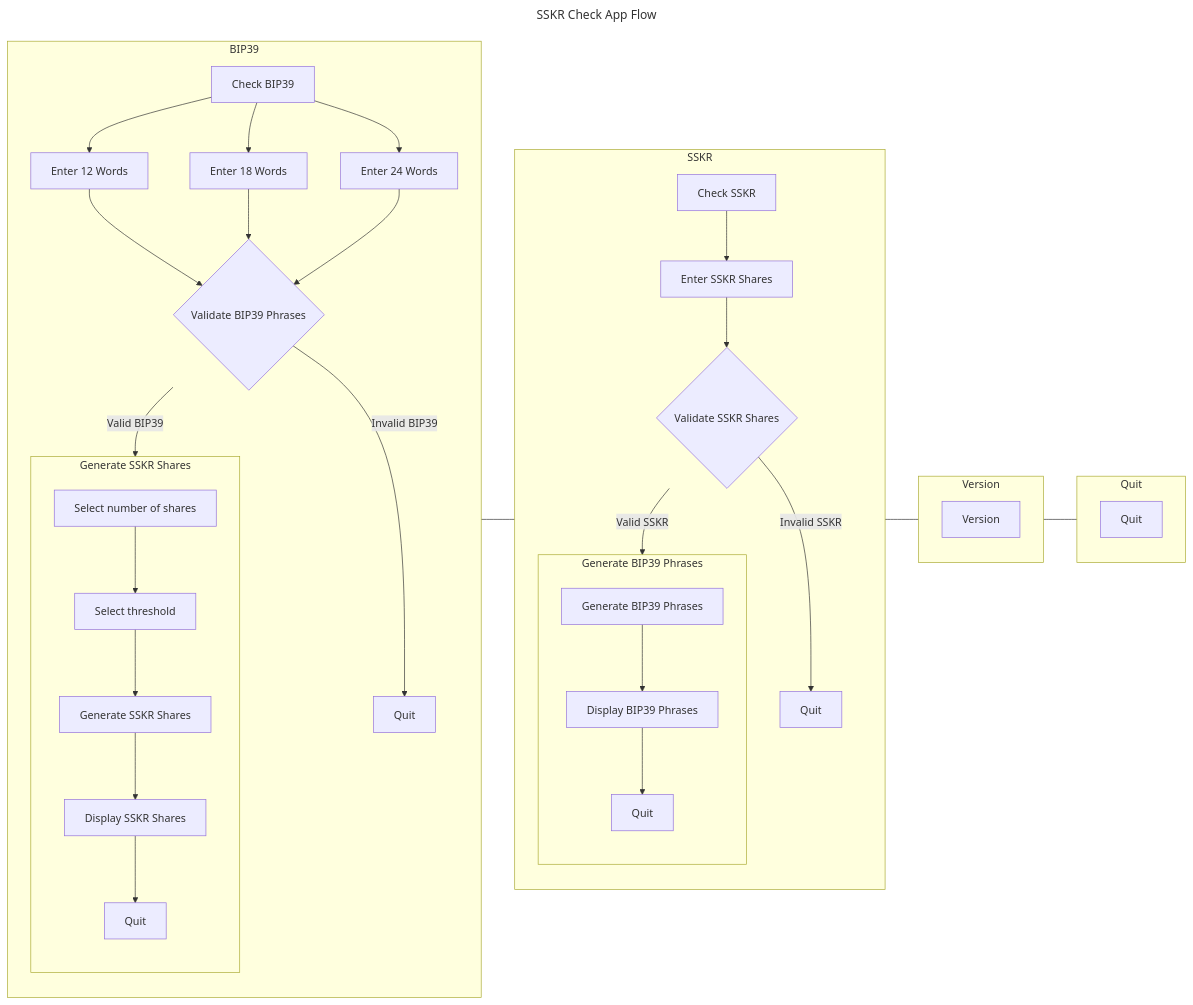
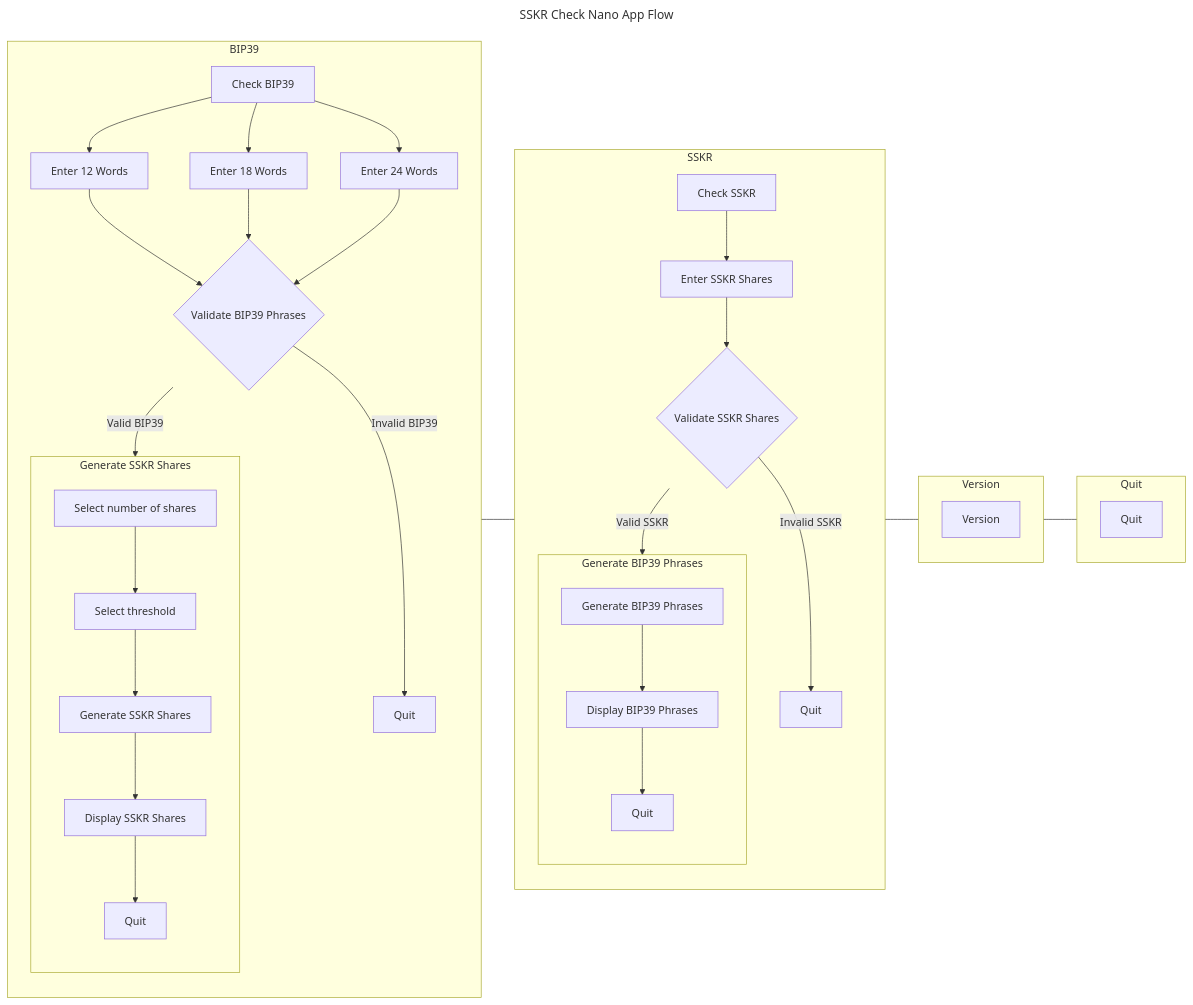
Before and after one commit to LedgerHQ/app-recovery-check: the first of 3 diagrams in README.md, drawn with Mermaid. The commit also changed other lines of this file and 2 other files, not shown here.

````diff
--- a/README.md
+++ b/README.md
@@ -26,38 +26,38 @@
 ```mermaid
 ---
-title: SSKR Check App Flow
+title: SSKR Check Nano App Flow
 ---
 flowchart LR
     1 --- 2 --- 3 --- 4
     subgraph 1[BIP39]
         direction TB
         1.1[Check BIP39]
         1.1 --> 1.2.1[Enter 12 Words] --> 1.3{Validate BIP39 Phrases}
         1.1 --> 1.2.2[Enter 18 Words] --> 1.3
         1.1 --> 1.2.3[Enter 24 Words] --> 1.3
         1.3 --> |Valid BIP39| 1.4
         1.3 --> |Invalid BIP39| 1.3.1[Quit]
         subgraph 1.4[Generate SSKR Shares]
             direction TB
             1.4.1[Select number of shares] --> 1.4.2[Select threshold] --> 1.4.3[Generate SSKR Shares] --> 1.4.4[Display SSKR Shares] --> 1.4.5[Quit]
         end
     end
     subgraph 2[SSKR]
         direction TB
         2.1[Check SSKR] --> 2.2[Enter SSKR Shares] --> 2.3{Validate SSKR Shares}
         2.3 --> |Valid SSKR| 2.4
         2.3 --> |Invalid SSKR| 2.3.1[Quit]
         subgraph 2.4[Generate BIP39 Phrases]
             direction TB
             2.4.1[Generate BIP39 Phrases] --> 2.4.2[Display BIP39 Phrases] --> 2.4.3[Quit]
         end
     end
     subgraph 3[Version]
         direction TB
         3.1[Version]
         end
     subgraph 4[Quit]
         direction TB
         4.1[Quit]
     end
 ```
````
